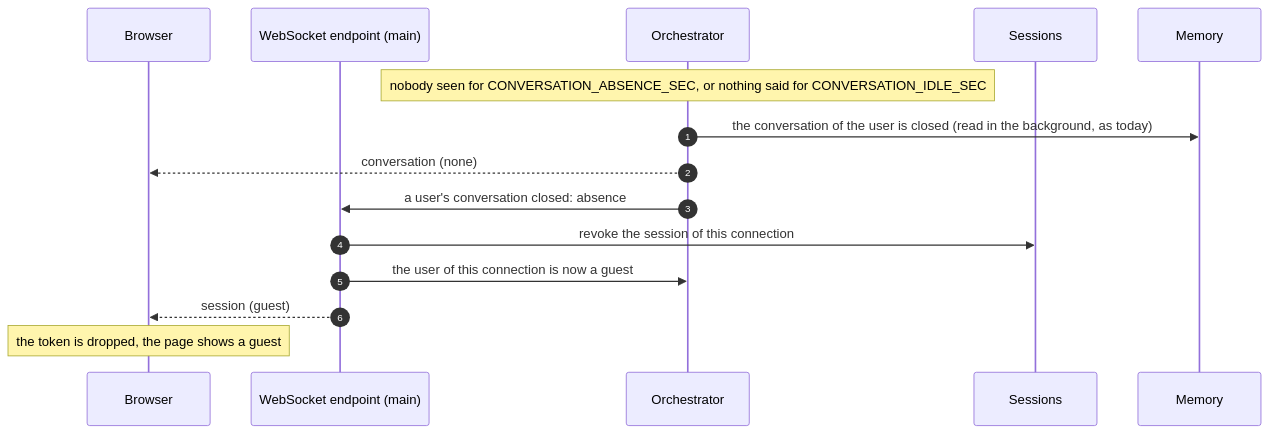
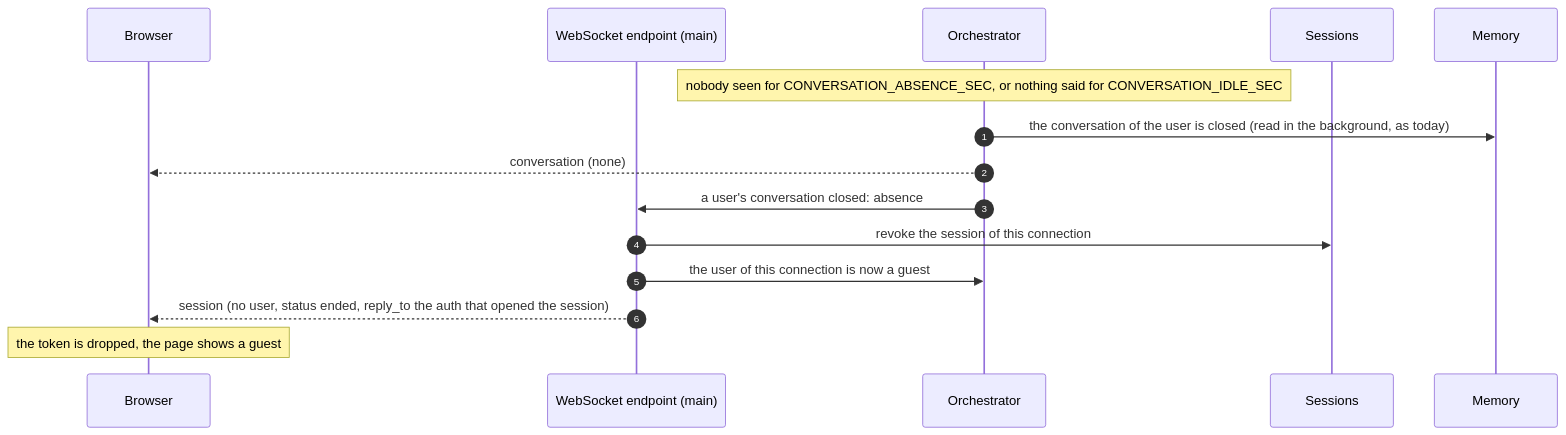
One commit to Learnheart/Avatar_AI changed the fourth of 6 diagrams in docs/2026-10-13/sign-in/design.md. Above: the diagram before and after it, drawn with Mermaid. The commit also changed other lines of this file and 3 other files, not shown here.

First line of the commit message:
docs(update docs): draw the sign-in flow in the architecture dataflow

````diff
--- a/docs/2026-10-13/sign-in/design.md
+++ b/docs/2026-10-13/sign-in/design.md
@@ -168,18 +178,18 @@
 ```mermaid
 sequenceDiagram
     autonumber
     participant F as Browser
     participant M as WebSocket endpoint (main)
     participant O as Orchestrator
     participant S as Sessions
     participant Y as Memory
 
     Note over O: nobody seen for CONVERSATION_ABSENCE_SEC, or nothing said for CONVERSATION_IDLE_SEC
     O->>Y: the conversation of the user is closed (read in the background, as today)
     O-->>F: conversation (none)
     O->>M: a user's conversation closed: absence
     M->>S: revoke the session of this connection
     M->>O: the user of this connection is now a guest
-    M-->>F: session (guest)
+    M-->>F: session (no user, status ended, reply_to the auth that opened the session)
     Note over F: the token is dropped, the page shows a guest
 ```
````
